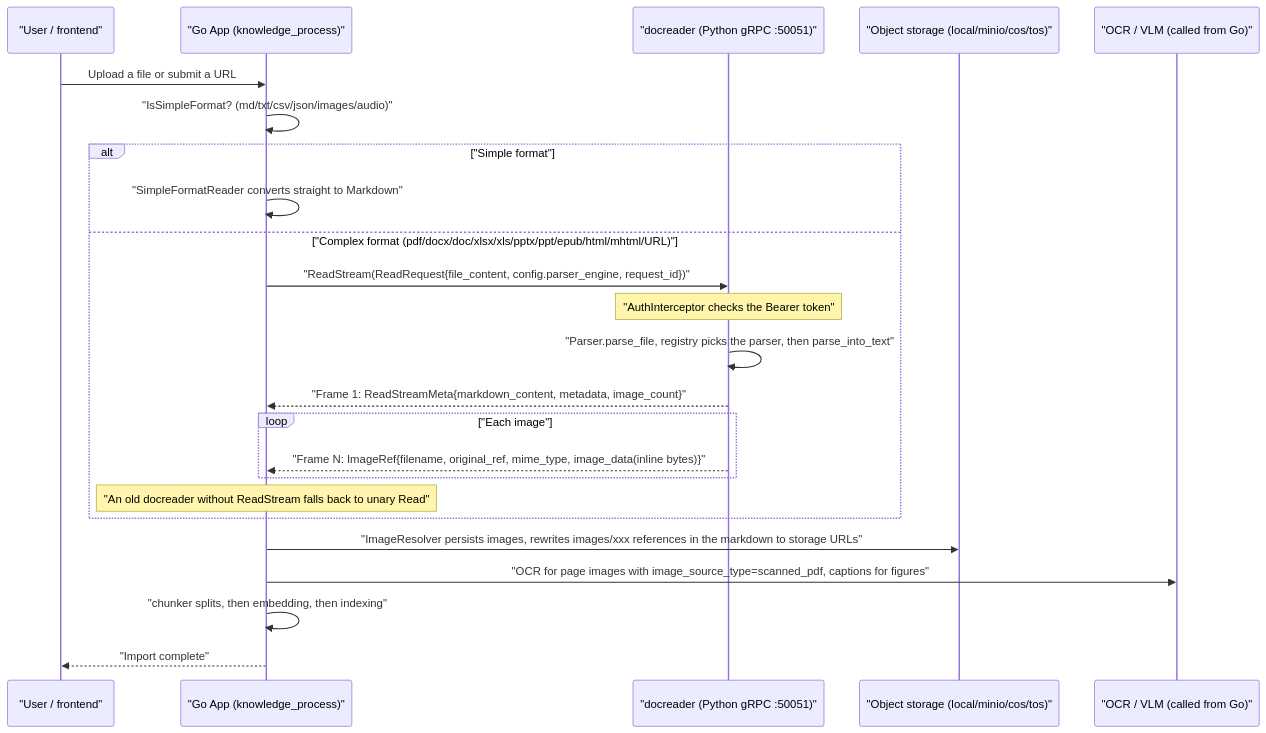
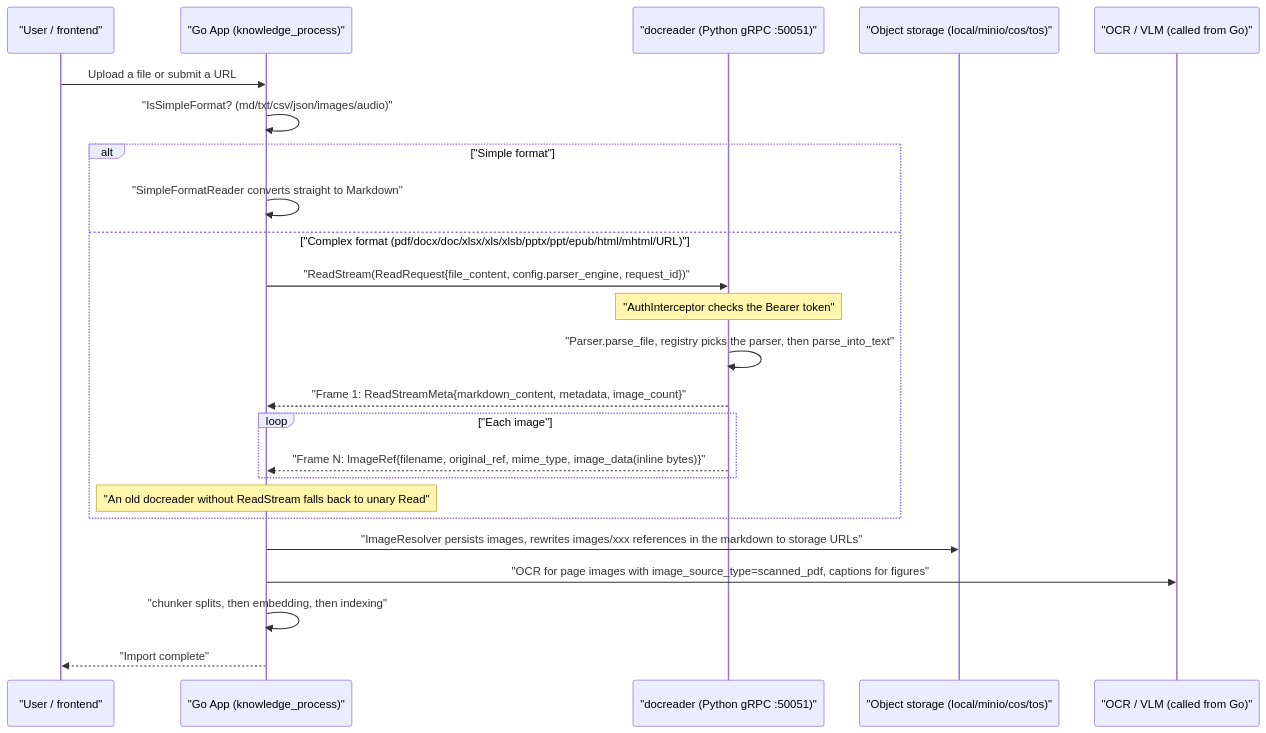
One commit to jrmatherly/ai-kb changed the first of 2 diagrams in website-docs/03-features/03-document-parsing.md. Above: the diagram before and after it, drawn with Mermaid. The commit also changed other lines of this file and 1 other file, not shown here.

First line of the commit message:
docs: list .xlsb among the parsed upload types

````diff
--- a/website-docs/03-features/03-document-parsing.md
+++ b/website-docs/03-features/03-document-parsing.md
@@ -78,27 +78,27 @@
 ```mermaid
 sequenceDiagram
     participant U as "User / frontend"
     participant G as "Go App (knowledge_process)"
     participant D as "docreader (Python gRPC :50051)"
     participant S as "Object storage (local/minio/cos/tos)"
     participant M as "OCR / VLM (called from Go)"
 
     U->>G: Upload a file or submit a URL
     G->>G: "IsSimpleFormat? (md/txt/csv/json/images/audio)"
     alt "Simple format"
         G->>G: "SimpleFormatReader converts straight to Markdown"
-    else "Complex format (pdf/docx/doc/xlsx/xls/pptx/ppt/epub/html/mhtml/URL)"
+    else "Complex format (pdf/docx/doc/xlsx/xls/xlsb/pptx/ppt/epub/html/mhtml/URL)"
         G->>D: "ReadStream(ReadRequest{file_content, config.parser_engine, request_id})"
         Note over D: "AuthInterceptor checks the Bearer token"
         D->>D: "Parser.parse_file, registry picks the parser, then parse_into_text"
         D-->>G: "Frame 1: ReadStreamMeta{markdown_content, metadata, image_count}"
         loop "Each image"
             D-->>G: "Frame N: ImageRef{filename, original_ref, mime_type, image_data(inline bytes)}"
         end
         Note over G: "An old docreader without ReadStream falls back to unary Read"
     end
     G->>S: "ImageResolver persists images, rewrites images/xxx references in the markdown to storage URLs"
     G->>M: "OCR for page images with image_source_type=scanned_pdf, captions for figures"
     G->>G: "chunker splits, then embedding, then indexing"
     G-->>U: "Import complete"
 ```
````
